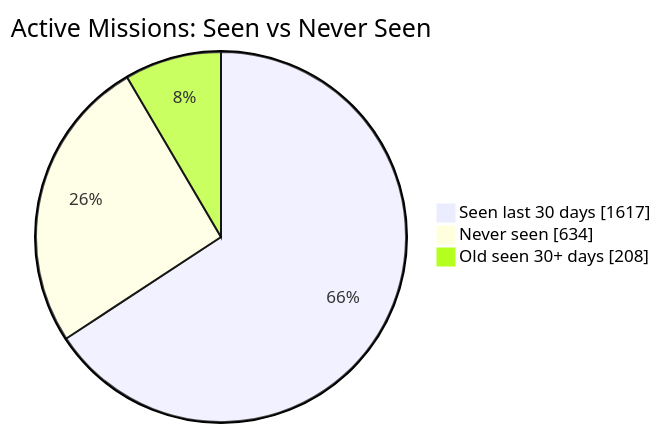
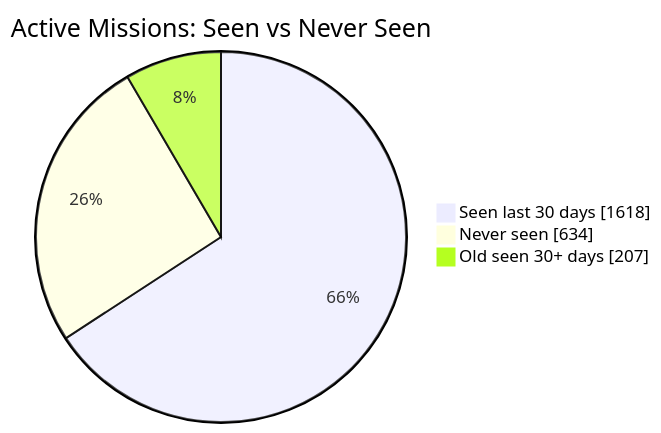
One commit to MeldkamerspelGameTeam/active-missions changed the first of 2 diagrams in README.md. Above: the diagram before and after it, drawn with Mermaid. The commit also changed other lines of this file and 8 other files, not shown here.

````diff
--- a/README.md
+++ b/README.md
@@ -34,7 +34,7 @@
 ```mermaid
 pie showData
     title Active Missions: Seen vs Never Seen
-    "Seen last 30 days" : 1617
+    "Seen last 30 days" : 1618
     "Never seen" : 634
-    "Old seen 30+ days" : 208
+    "Old seen 30+ days" : 207
 ```
````
